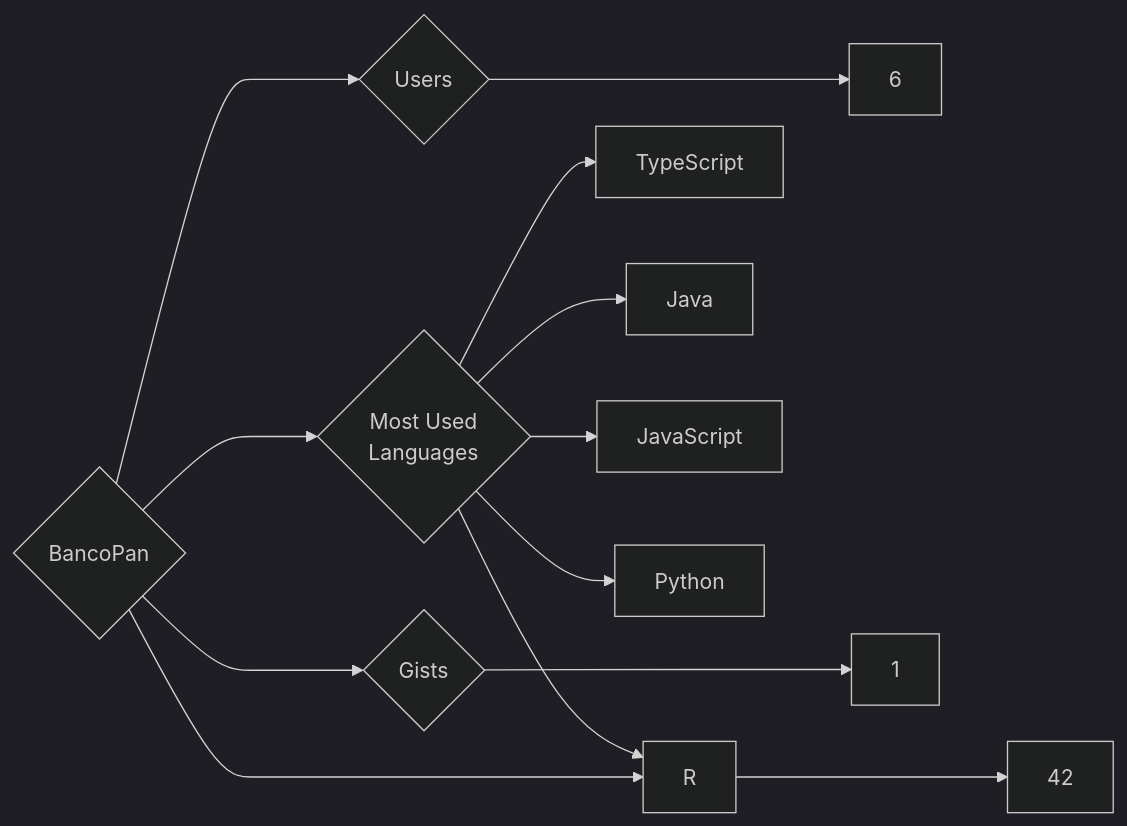
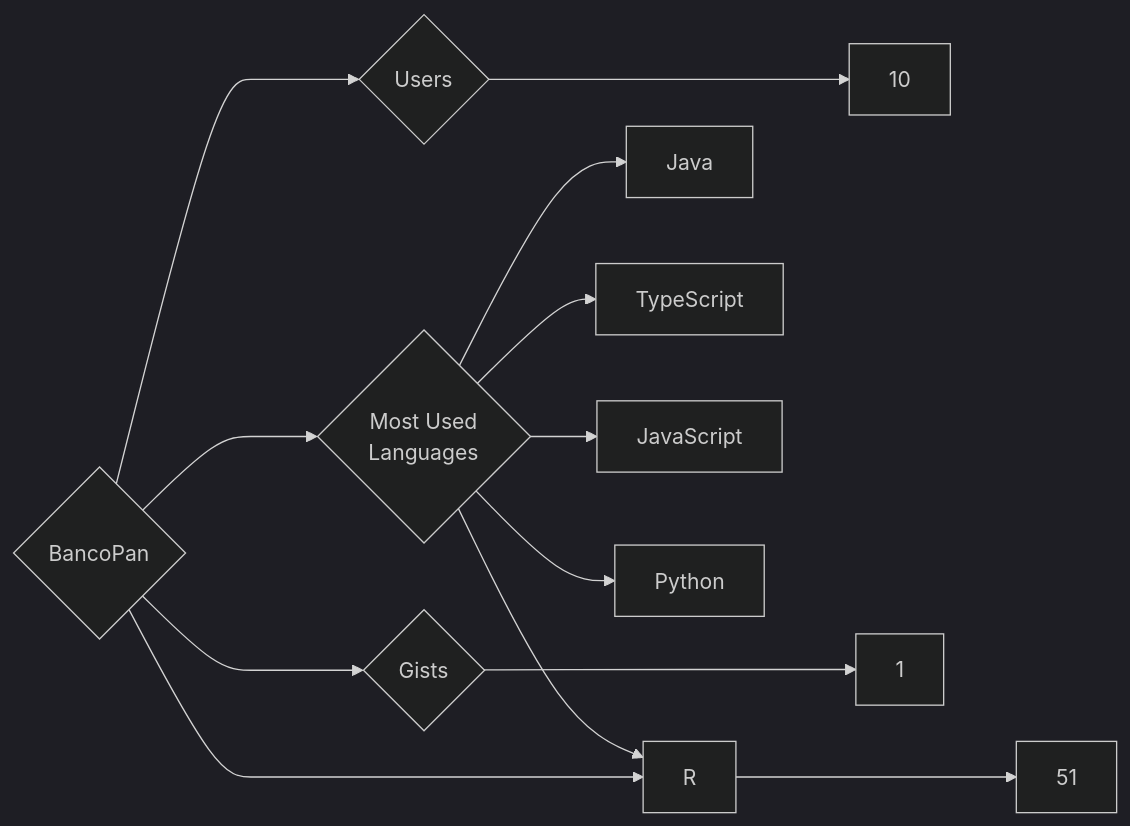
One commit to trickest/insiders changed the diagram in targets/BancoPan/README.md. Above: the diagram before and after it, drawn with Mermaid (dark theme). The commit also changed 1212 other files, not shown here.

````diff
--- a/targets/BancoPan/README.md
+++ b/targets/BancoPan/README.md
@@ -3,13 +3,13 @@
 ```mermaid
 graph LR
 COMPANY_NAME{BancoPan}
-COMPANY_NAME ---> U{Users} ---> UN[6]
-COMPANY_NAME ---> R{Repositories} ---> RN[42]
+COMPANY_NAME ---> U{Users} ---> UN[10]
+COMPANY_NAME ---> R{Repositories} ---> RN[51]
 COMPANY_NAME ---> G{Gists} ---> GN[1]
 COMPANY_NAME ---> ML{Most Used<br>Languages}
+ML --> Java[Java]
 ML --> TypeScript[TypeScript]
-ML --> Java[Java]
 ML --> JavaScript[JavaScript]
 ML --> Python[Python]
 ML --> R[R]
 ```
````
